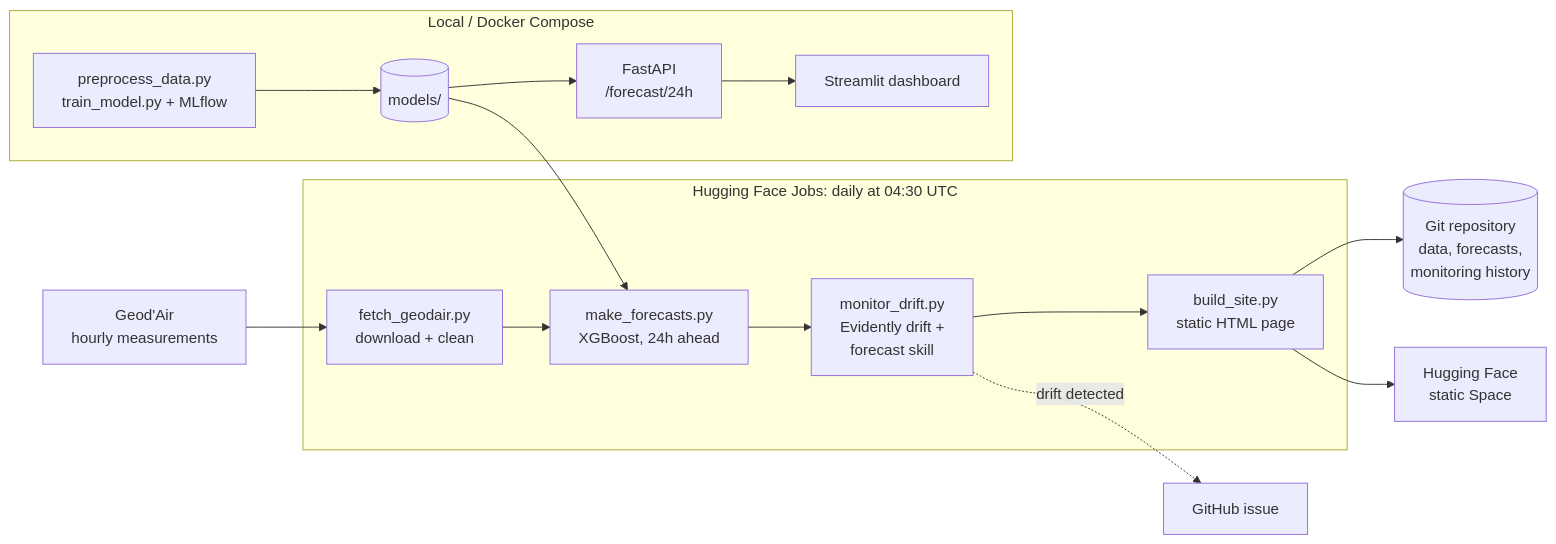
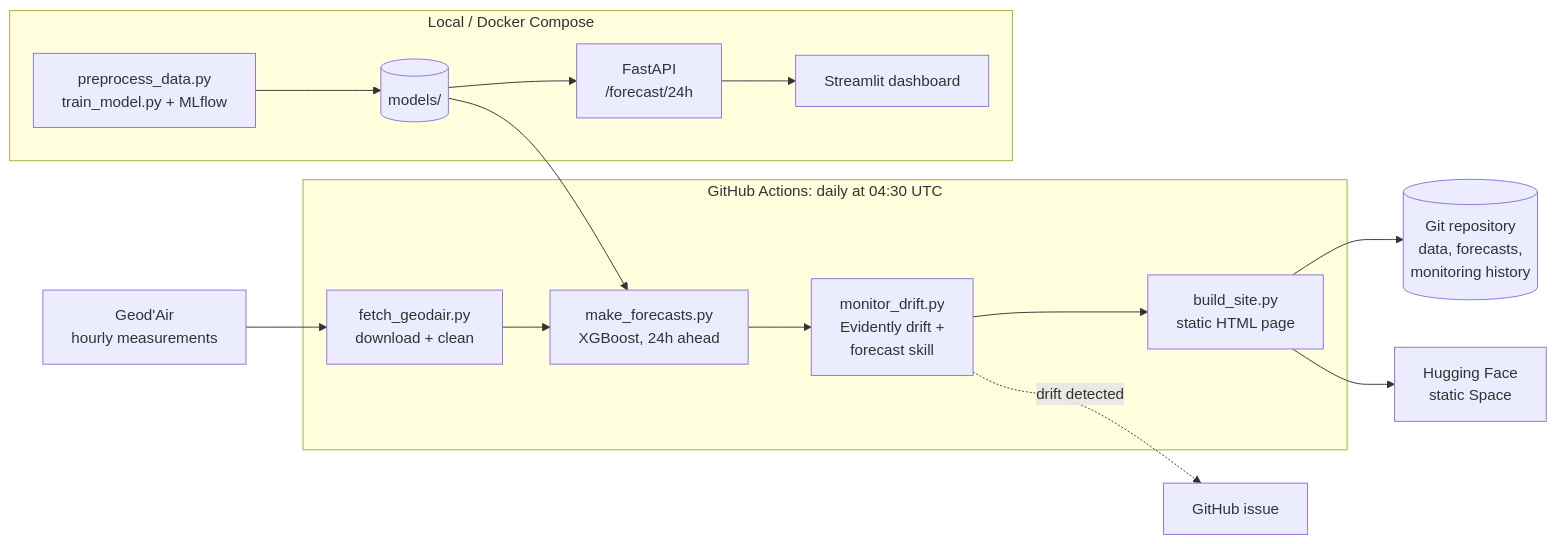
One commit to JayaSaiKishore7/AirQuality_AnalysisFR changed the diagram in README.md. Above: the diagram before and after it, drawn with Mermaid. The commit also changed other lines of this file and 8 other files, not shown here.

Commit message:
Free daily runners: GitHub Actions schedule via daily_pipeline.py, plus a PC backup; drop HF Jobs setup

````diff
--- a/README.md
+++ b/README.md
@@ -27,22 +27,22 @@
 ```mermaid
 flowchart LR
     G["Geod'Air<br/>hourly measurements"] --> F
 
-    subgraph GA["Hugging Face Jobs: daily at 04:30 UTC"]
+    subgraph GA["GitHub Actions: daily at 04:30 UTC"]
         F["fetch_geodair.py<br/>download + clean"] --> P["make_forecasts.py<br/>XGBoost, 24h ahead"]
         P --> M["monitor_drift.py<br/>Evidently drift +<br/>forecast skill"]
         M --> S["build_site.py<br/>static HTML page"]
     end
 
     S --> R[("Git repository<br/>data, forecasts,<br/>monitoring history")]
     S --> H["Hugging Face<br/>static Space"]
     M -. "drift detected" .-> I["GitHub issue"]
 
     subgraph LOCAL["Local / Docker Compose"]
         T["preprocess_data.py<br/>train_model.py + MLflow"] --> MOD[("models/")]
         MOD --> API["FastAPI<br/>/forecast/24h"]
         API --> UI["Streamlit dashboard"]
     end
 
     MOD --> P
 ```
````
